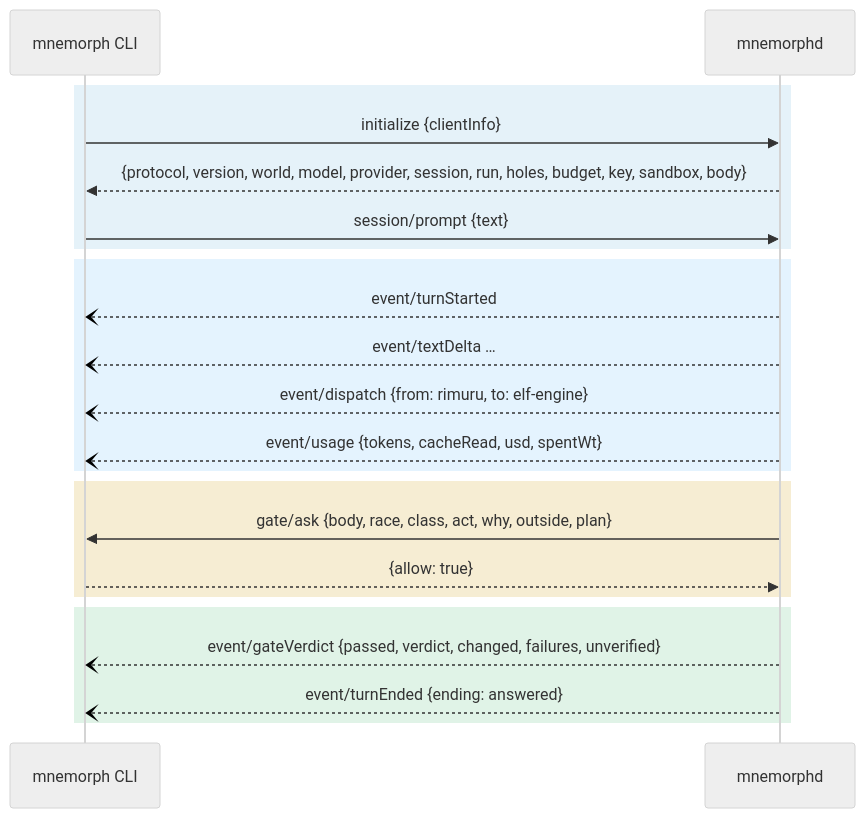
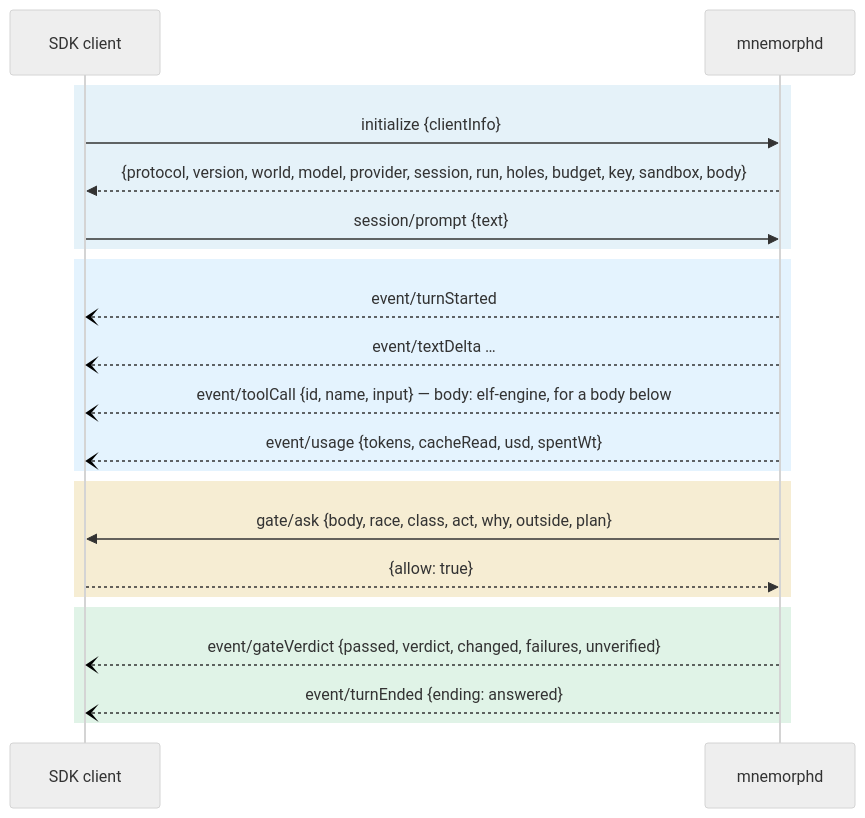
The fourth of 4 diagrams in docs/04-communication.md (Kaginari/mnemorph), drawn with Mermaid before and after one commit. The commit also changed other lines of this file and 59 other files, not shown here.

First line of the commit message:
feat: one mnemorph — the Rust binary is the command, with run for scripts; the TypeScript CLI retired

````diff
--- a/docs/04-communication.md
+++ b/docs/04-communication.md
@@ -368,31 +371,31 @@
 ```mermaid
 ---
 config:
   look: handDrawn
   theme: neutral
   flowchart:
     wrappingWidth: 360
 ---
 sequenceDiagram
-    participant CLI as mnemorph CLI
+    participant C as SDK client
     participant D as mnemorphd
     rect rgba(2,132,199,0.10)
-    CLI->>D: initialize {clientInfo}
-    D-->>CLI: {protocol, version, world, model, provider, session, run, holes, budget, key, sandbox, body}
-    CLI->>D: session/prompt {text}
+    C->>D: initialize {clientInfo}
+    D-->>C: {protocol, version, world, model, provider, session, run, holes, budget, key, sandbox, body}
+    C->>D: session/prompt {text}
     end
     rect rgba(63,169,245,0.14)
-    D--)CLI: event/turnStarted
-    D--)CLI: event/textDelta …
-    D--)CLI: event/dispatch {from: rimuru, to: elf-engine}
-    D--)CLI: event/usage {tokens, cacheRead, usd, spentWt}
+    D--)C: event/turnStarted
+    D--)C: event/textDelta …
+    D--)C: event/toolCall {id, name, input} — body: elf-engine, for a body below
+    D--)C: event/usage {tokens, cacheRead, usd, spentWt}
     end
     rect rgba(212,175,55,0.22)
-    D->>CLI: gate/ask {body, race, class, act, why, outside, plan}
-    CLI-->>D: {allow: true}
+    D->>C: gate/ask {body, race, class, act, why, outside, plan}
+    C-->>D: {allow: true}
     end
     rect rgba(22,163,74,0.13)
-    D--)CLI: event/gateVerdict {passed, verdict, changed, failures, unverified}
-    D--)CLI: event/turnEnded {ending: answered}
+    D--)C: event/gateVerdict {passed, verdict, changed, failures, unverified}
+    D--)C: event/turnEnded {ending: answered}
     end
 ```
````
